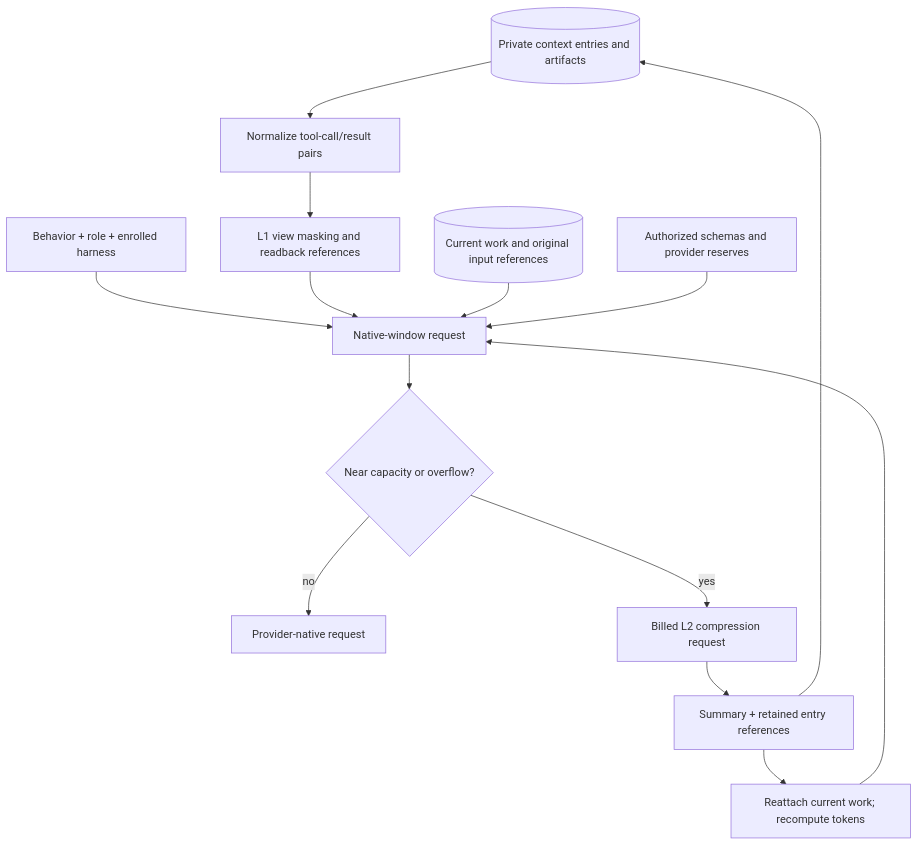
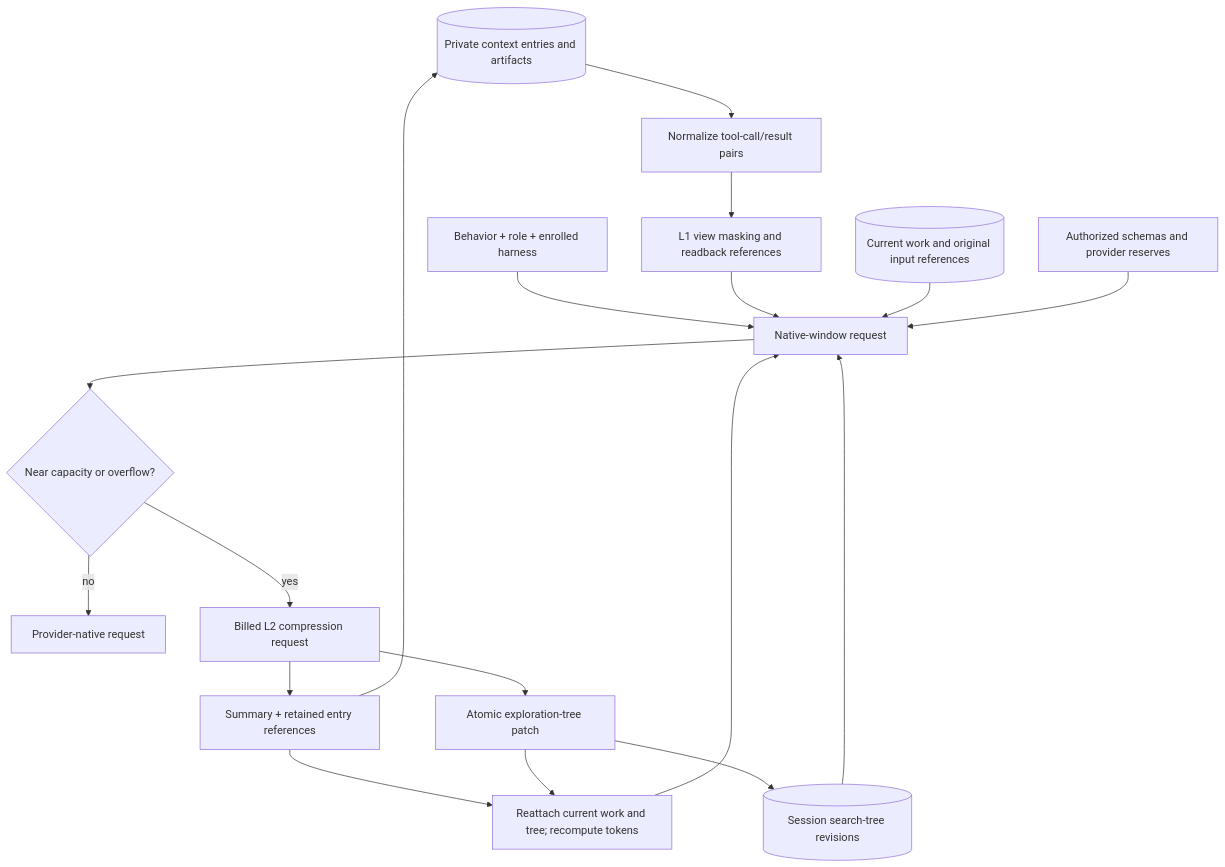
One commit to seek-hope/TeamAgents changed diagram 16 of 35 in docs/ARCHITECTURE.md. Above: the diagram before and after it, drawn with Mermaid. The commit also changed other lines of this file and 37 other files, not shown here.

Commit message:
Add session exploration tree beside compaction

````diff
--- a/docs/ARCHITECTURE.md
+++ b/docs/ARCHITECTURE.md
@@ -625,18 +627,22 @@
 ```mermaid
 flowchart TB
     accTitle: Context views and durable memory
     accDescr: Immutable history and scoped work records produce a bounded request view. Masking and compaction preserve references and never create authority or reset the work budget.
     history[("Private context entries and artifacts")] --> normalize["Normalize tool-call/result pairs"]
     instructions["Behavior + role + enrolled harness"] --> request["Native-window request"]
     normalize --> mask["L1 view masking and readback references"]
     mask --> request
     work[("Current work and original input references")] --> request
+    searchTree[("Session search-tree revisions")] --> request
     surface["Authorized schemas and provider reserves"] --> request
     request --> occupancy{"Near capacity or overflow?"}
     occupancy -->|"no"| provider["Provider-native request"]
     occupancy -->|"yes"| compact["Billed L2 compression request"]
     compact --> summary["Summary + retained entry references"]
+    compact --> treeRevision["Atomic exploration-tree patch"]
+    treeRevision --> searchTree
     summary --> history
-    summary --> rebuild["Reattach current work; recompute tokens"]
+    summary --> rebuild["Reattach current work and tree; recompute tokens"]
+    treeRevision --> rebuild
     rebuild --> request
 ```
````
